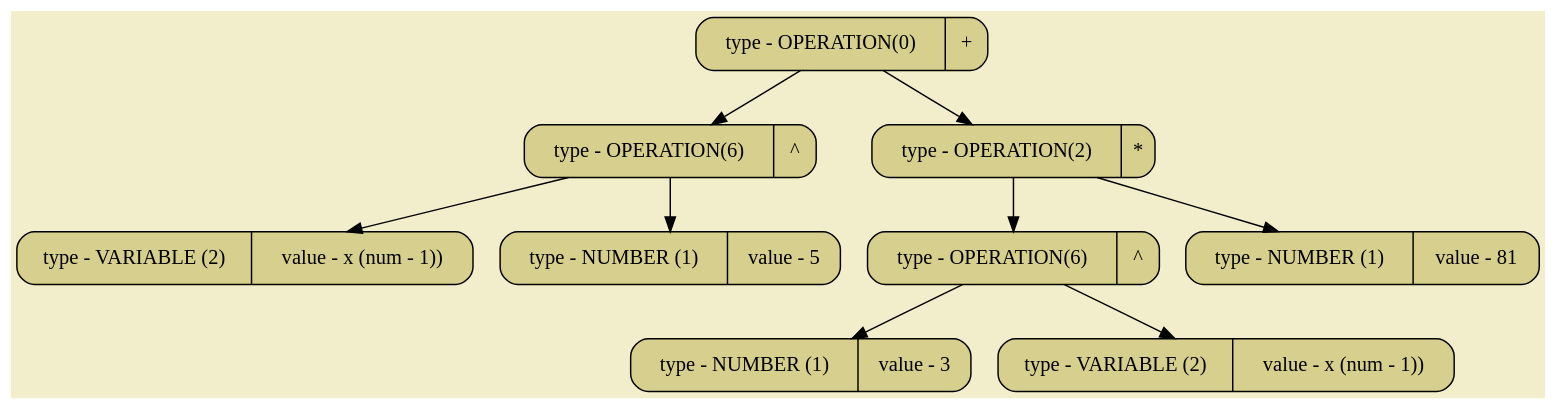
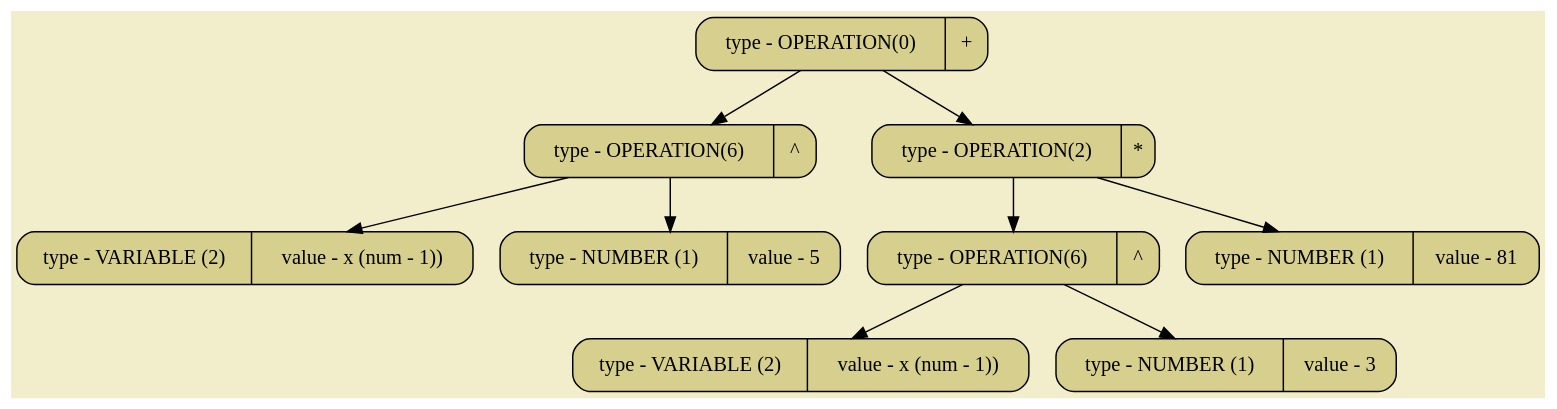
The diagram in all_dumps/pictures/image02.dot (SashaKhaytina/Differenciator), drawn with Graphviz before and after one commit. The commit also changed 15 other files, not shown here.

```diff
--- a/all_dumps/pictures/image02.dot
+++ b/all_dumps/pictures/image02.dot
@@ -1,22 +1,22 @@
 digraph
 {
 bgcolor="#F2EECB";
 rankdir = TB;
-POINT_0x65204b4db6d0[shape=Mrecord, label = "type - OPERATION(0) | +", style="filled",fillcolor="#D7CF8D"]
-POINT_0x65204b4db5b0[shape=Mrecord, label = "type - OPERATION(6) | ^", style="filled",fillcolor="#D7CF8D"]
-POINT_0x65204b4db580[shape=Mrecord, label = "type - VARIABLE (2) | value - x (num - 1))", style="filled",fillcolor="#D7CF8D"]
-POINT_0x65204b4db640[shape=Mrecord, label = "type - NUMBER (1) | value - 5", style="filled",fillcolor="#D7CF8D"]
-POINT_0x65204b4db7b0[shape=Mrecord, label = "type - OPERATION(2) | *", style="filled",fillcolor="#D7CF8D"]
-POINT_0x65204b4db730[shape=Mrecord, label = "type - OPERATION(6) | ^", style="filled",fillcolor="#D7CF8D"]
-POINT_0x65204b4db700[shape=Mrecord, label = "type - NUMBER (1) | value - 3", style="filled",fillcolor="#D7CF8D"]
-POINT_0x65204b4db780[shape=Mrecord, label = "type - VARIABLE (2) | value - x (num - 1))", style="filled",fillcolor="#D7CF8D"]
-POINT_0x65204b4db8d0[shape=Mrecord, label = "type - NUMBER (1) | value - 81", style="filled",fillcolor="#D7CF8D"]
-POINT_0x65204b4db6d0 -> POINT_0x65204b4db5b0
-POINT_0x65204b4db6d0 -> POINT_0x65204b4db7b0
-POINT_0x65204b4db5b0 -> POINT_0x65204b4db580
-POINT_0x65204b4db5b0 -> POINT_0x65204b4db640
-POINT_0x65204b4db7b0 -> POINT_0x65204b4db730
-POINT_0x65204b4db7b0 -> POINT_0x65204b4db8d0
-POINT_0x65204b4db730 -> POINT_0x65204b4db700
-POINT_0x65204b4db730 -> POINT_0x65204b4db780
+POINT_0x6295e31396d0[shape=Mrecord, label = "type - OPERATION(0) | +", style="filled",fillcolor="#D7CF8D"]
+POINT_0x6295e31395b0[shape=Mrecord, label = "type - OPERATION(6) | ^", style="filled",fillcolor="#D7CF8D"]
+POINT_0x6295e3139580[shape=Mrecord, label = "type - VARIABLE (2) | value - x (num - 1))", style="filled",fillcolor="#D7CF8D"]
+POINT_0x6295e3139640[shape=Mrecord, label = "type - NUMBER (1) | value - 5", style="filled",fillcolor="#D7CF8D"]
+POINT_0x6295e31397b0[shape=Mrecord, label = "type - OPERATION(2) | *", style="filled",fillcolor="#D7CF8D"]
+POINT_0x6295e3139750[shape=Mrecord, label = "type - OPERATION(6) | ^", style="filled",fillcolor="#D7CF8D"]
+POINT_0x6295e3139720[shape=Mrecord, label = "type - VARIABLE (2) | value - x (num - 1))", style="filled",fillcolor="#D7CF8D"]
+POINT_0x6295e3139780[shape=Mrecord, label = "type - NUMBER (1) | value - 3", style="filled",fillcolor="#D7CF8D"]
+POINT_0x6295e31398d0[shape=Mrecord, label = "type - NUMBER (1) | value - 81", style="filled",fillcolor="#D7CF8D"]
+POINT_0x6295e31396d0 -> POINT_0x6295e31395b0
+POINT_0x6295e31396d0 -> POINT_0x6295e31397b0
+POINT_0x6295e31395b0 -> POINT_0x6295e3139580
+POINT_0x6295e31395b0 -> POINT_0x6295e3139640
+POINT_0x6295e31397b0 -> POINT_0x6295e3139750
+POINT_0x6295e31397b0 -> POINT_0x6295e31398d0
+POINT_0x6295e3139750 -> POINT_0x6295e3139720
+POINT_0x6295e3139750 -> POINT_0x6295e3139780
 }
```
